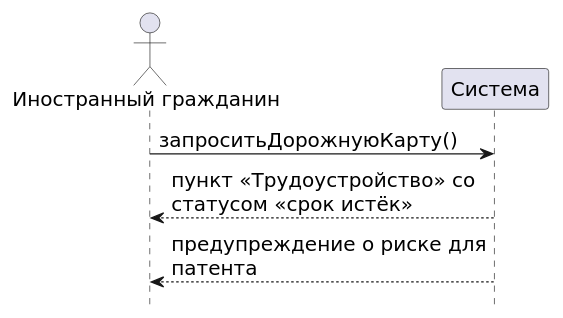
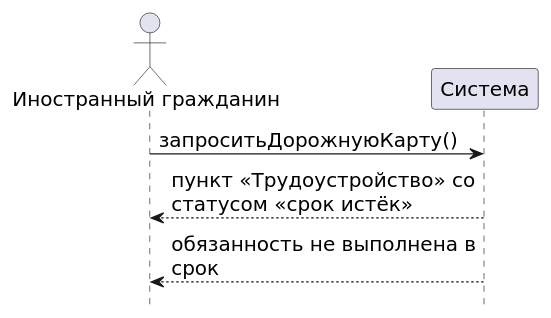
Before and after one commit to mflkee/study: the diagram in tsu/5sem/Функциональное моделирование систем/документы/src/04-p2-alternativa-srok.puml, drawn with PlantUML. The commit also changed 2 other files, not shown here.

Commit message:
лаб. 3: вместо «риска для патента» факт неисполнения, решение об аннулировании у МВД

```diff
--- a/tsu/5sem/Функциональное моделирование систем/документы/src/04-p2-alternativa-srok.puml
+++ b/tsu/5sem/Функциональное моделирование систем/документы/src/04-p2-alternativa-srok.puml
@@ -1,13 +1,13 @@
 @startuml
 skinparam shadowing false
 skinparam defaultFontName "DejaVu Sans"
 skinparam defaultFontSize 16
 skinparam sequenceMessageAlign left
 skinparam maxMessageSize 260
 hide footbox
 actor "Иностранный гражданин" as IG
 participant "Система" as SYS
 IG -> SYS : запроситьДорожнуюКарту()
 SYS --> IG : пункт «Трудоустройство» со статусом «срок истёк»
-SYS --> IG : предупреждение о риске для патента
+SYS --> IG : обязанность не выполнена в срок
 @enduml
```
